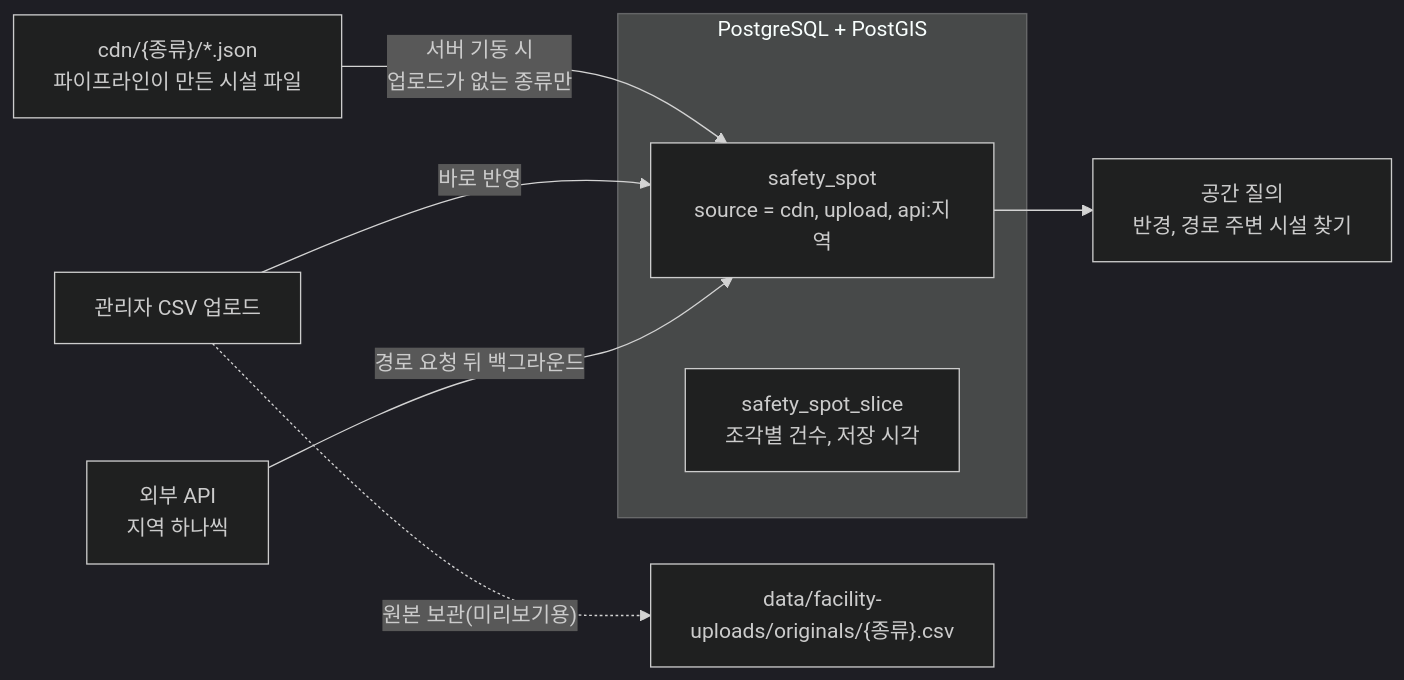
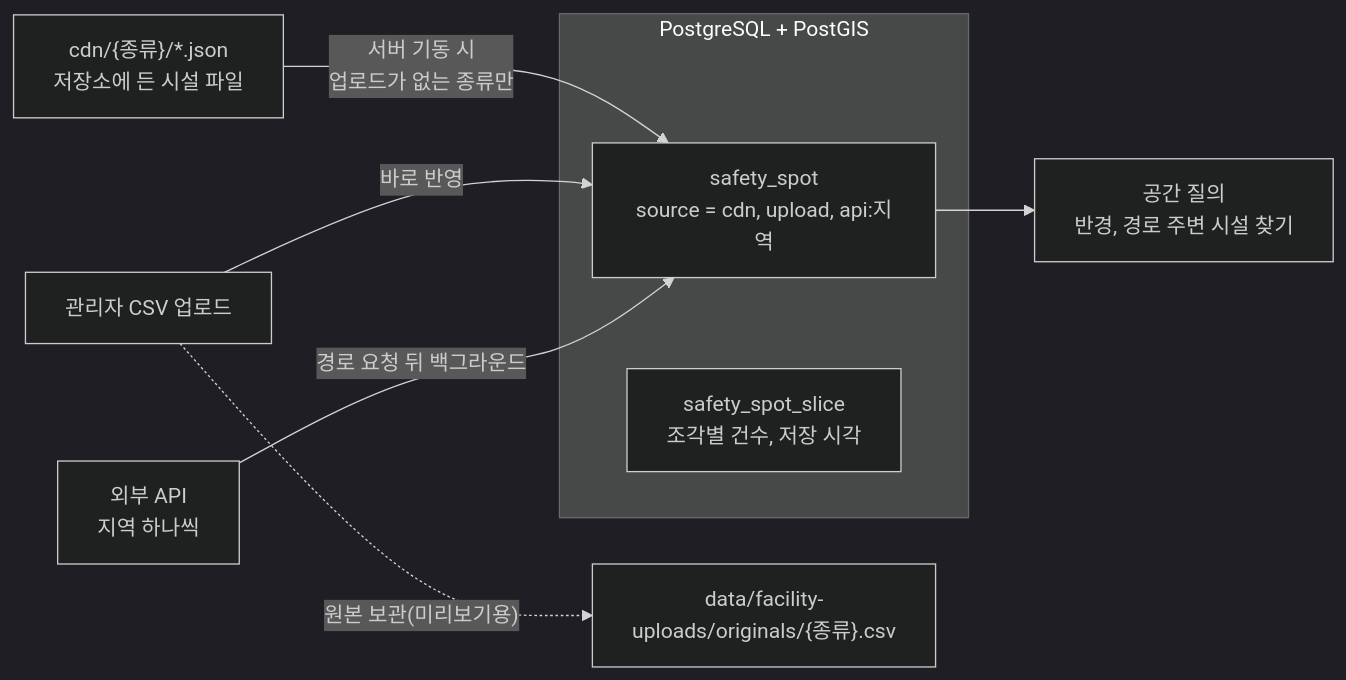
One commit to soo-ai-agent/bueongi-backend changed the first of 4 diagrams in docs/DATA_STORAGE.md. Above: the diagram before and after it, drawn with Mermaid (dark theme). The commit also changed other lines of this file and 59 other files, not shown here.

````diff
--- a/docs/DATA_STORAGE.md
+++ b/docs/DATA_STORAGE.md
@@ -83,17 +83,17 @@
 ```mermaid
 flowchart LR
-    CDN["cdn/{종류}/*.json<br/>파이프라인이 만든 시설 파일"]
+    CDN["cdn/{종류}/*.json<br/>저장소에 든 시설 파일"]
     CSV["관리자 CSV 업로드"]
     API["외부 API<br/>지역 하나씩"]
 
     subgraph DB["PostgreSQL + PostGIS"]
         SPOT["safety_spot<br/>source = cdn, upload, api:지역"]
         SLICE["safety_spot_slice<br/>조각별 건수, 저장 시각"]
     end
 
     CDN -- "서버 기동 시<br/>업로드가 없는 종류만" --> SPOT
     CSV -- "바로 반영" --> SPOT
     API -- "경로 요청 뒤 백그라운드" --> SPOT
     SPOT --> QUERY["공간 질의<br/>반경, 경로 주변 시설 찾기"]
     CSV -. "원본 보관(미리보기용)" .-> ORIG["data/facility-uploads/originals/{종류}.csv"]
 ```
````
